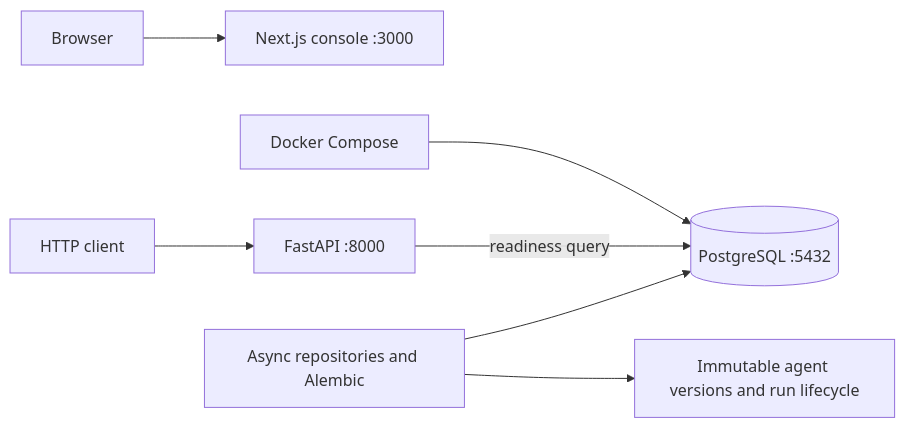
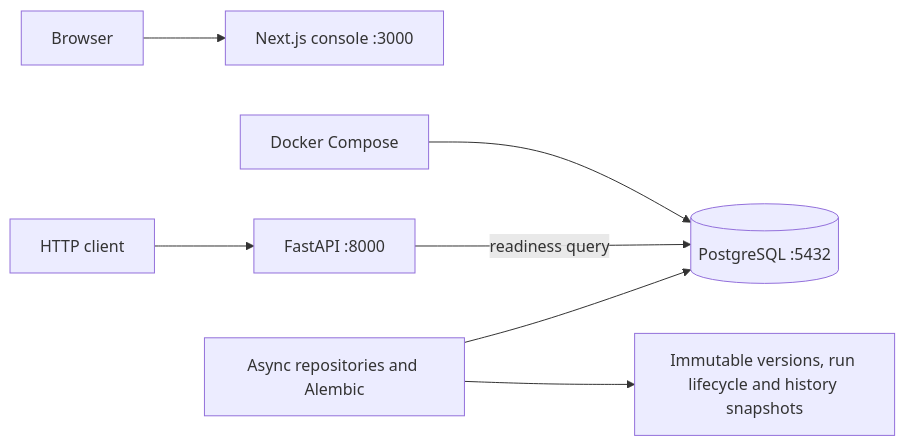
Before and after one commit to TaoM29/runveil: the first of 2 diagrams in ARCHITECTURE.md, drawn with Mermaid. The commit also changed other lines of this file and 2 other files, not shown here.

Commit message:
docs: update Runveil architecture roadmap and project overview

````diff
--- a/ARCHITECTURE.md
+++ b/ARCHITECTURE.md
@@ -5,9 +5,9 @@
 ```mermaid
 flowchart LR
     Browser --> Web[Next.js console :3000]
     Client[HTTP client] --> API[FastAPI :8000]
     Compose[Docker Compose] --> PG[(PostgreSQL :5432)]
     API -->|readiness query| PG
     Persistence[Async repositories and Alembic] --> PG
-    Persistence --> Domain[Immutable agent versions and run lifecycle]
+    Persistence --> Domain[Immutable versions, run lifecycle and history snapshots]
 ```
````
